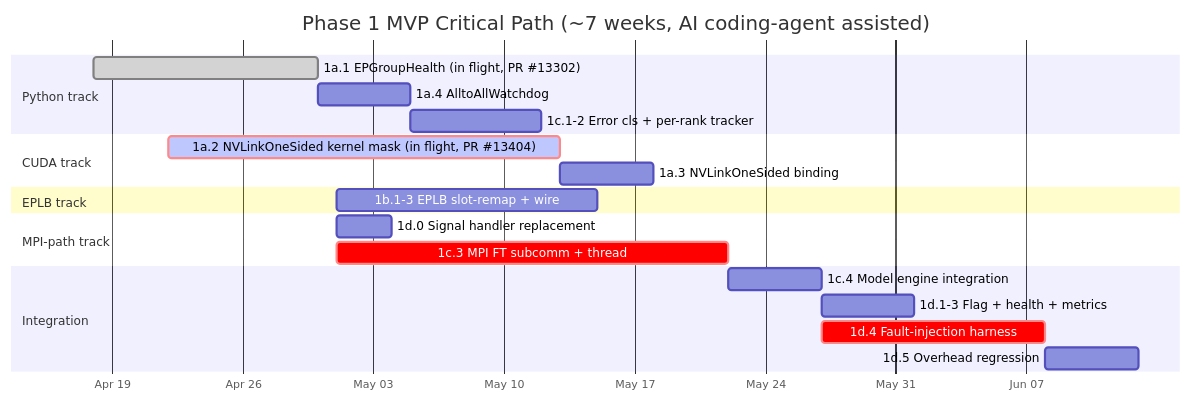
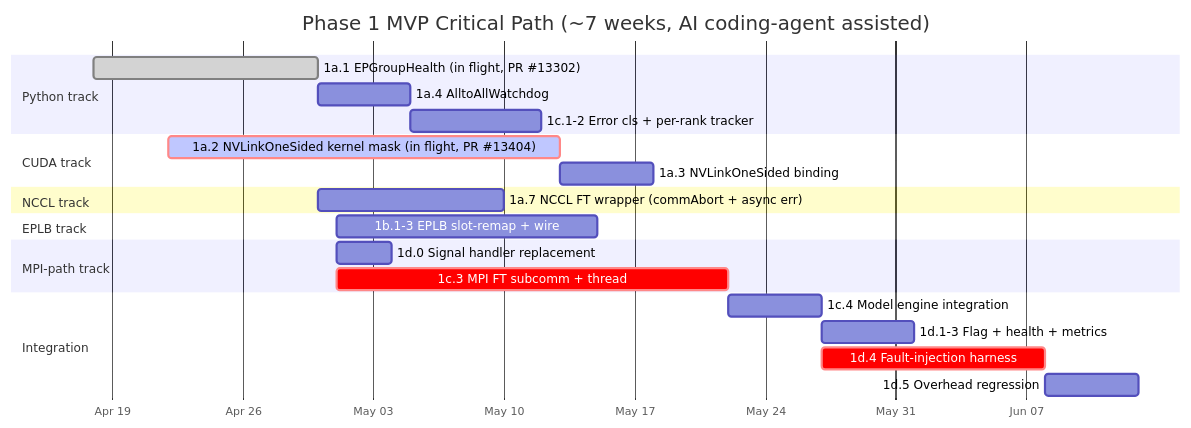
One commit to chienchunhung/TensorRT-LLM changed the diagram in docs/design/wide-ep-fault-tolerance/08-implementation-plan.md. Above: the diagram before and after it, drawn with Mermaid. The commit also changed other lines of this file and 1 other file, not shown here.

````diff
--- a/docs/design/wide-ep-fault-tolerance/08-implementation-plan.md
+++ b/docs/design/wide-ep-fault-tolerance/08-implementation-plan.md
@@ -96,28 +96,31 @@
 ```mermaid
 gantt
     title Phase 1 MVP Critical Path (~7 weeks, AI coding-agent assisted)
     dateFormat YYYY-MM-DD
     axisFormat %b %d
 
     section Python track
     1a.1 EPGroupHealth (in flight, PR #13302)   :done, a1, 2026-04-18, 12d
     1a.4 AlltoAllWatchdog                       :a2, after a1, 5d
     1c.1-2 Error cls + per-rank tracker         :a6, after a2, 7d
 
     section CUDA track
     1a.2 NVLinkOneSided kernel mask (in flight, PR #13404) :crit, active, a3, 2026-04-22, 21d
     1a.3 NVLinkOneSided binding                 :a4, after a3, 5d
 
+    section NCCL track
+    1a.7 NCCL FT wrapper (commAbort + async err) :a7nccl, after a1, 10d
+
     section EPLB track
     1b.1-3 EPLB slot-remap + wire               :a5, 2026-05-01, 14d
 
     section MPI-path track
     1d.0 Signal handler replacement             :a0, 2026-05-01, 3d
     1c.3 MPI FT subcomm + thread                :crit, ac3, 2026-05-01, 21d
 
     section Integration
     1c.4 Model engine integration               :a7, after ac3, 5d
     1d.1-3 Flag + health + metrics              :a8, after a7, 5d
     1d.4 Fault-injection harness                :crit, a9, after a7, 12d
     1d.5 Overhead regression                    :a10, after a9, 5d
 ```
````
